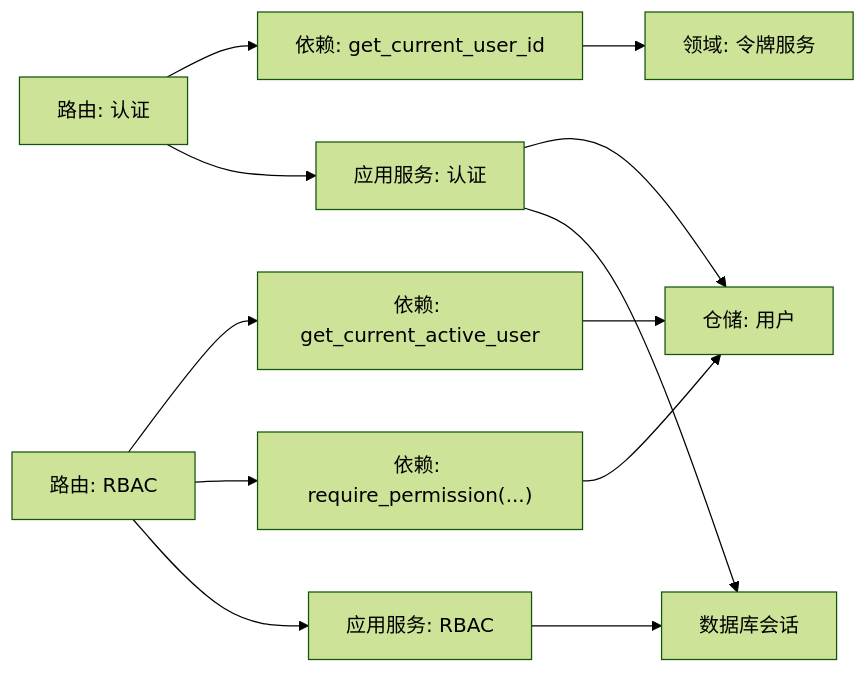
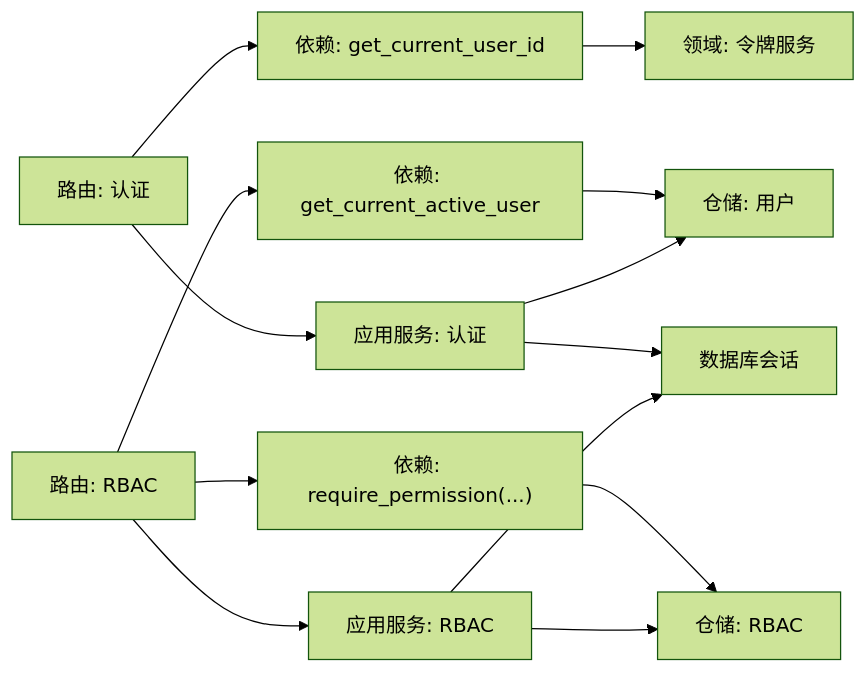
One commit to taoweidong/Hello-FastApi changed the fourth of 4 diagrams in .qoder/repowiki/zh/content/架构设计/依赖注入与配置.md. Above: the diagram before and after it, drawn with Mermaid (forest theme). The commit also changed other lines of this file and 11 other files, not shown here.

````diff
--- a/.qoder/repowiki/zh/content/架构设计/依赖注入与配置.md
+++ b/.qoder/repowiki/zh/content/架构设计/依赖注入与配置.md
@@ -241,14 +259,15 @@
 ```mermaid
 graph LR
 ROUTER_AUTH["路由: 认证"] --> DEP_AUTH["依赖: get_current_user_id"]
 ROUTER_RBAC["路由: RBAC"] --> DEP_ACTIVE["依赖: get_current_active_user"]
 ROUTER_RBAC --> DEP_PERM["依赖: require_permission(...)"]
 DEP_AUTH --> TOKEN["领域: 令牌服务"]
 DEP_ACTIVE --> USER_REPO["仓储: 用户"]
-DEP_PERM --> USER_REPO
+DEP_PERM --> RBAC_REPO["仓储: RBAC"]
 ROUTER_AUTH --> SVC_AUTH["应用服务: 认证"]
 ROUTER_RBAC --> SVC_RBAC["应用服务: RBAC"]
 SVC_AUTH --> USER_REPO
-SVC_RBAC --> DB["数据库会话"]
-SVC_AUTH --> DB
+SVC_RBAC --> RBAC_REPO
+SVC_AUTH --> DB["数据库会话"]
+SVC_RBAC --> DB
 ```
````
